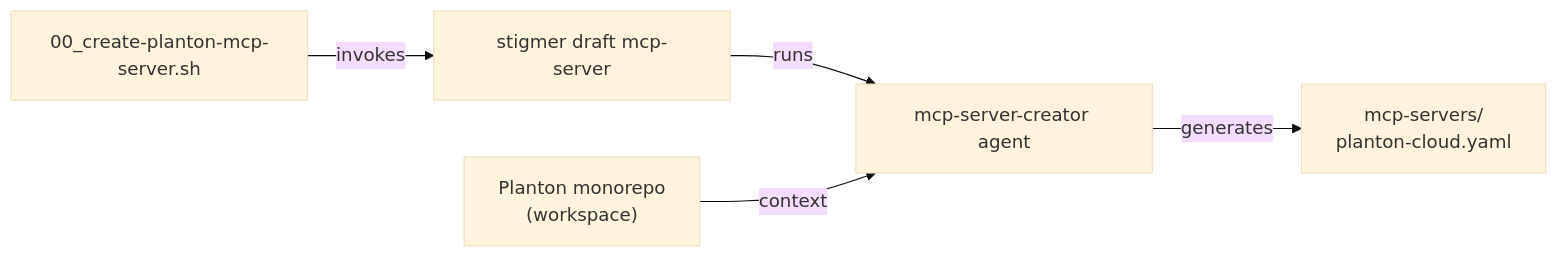
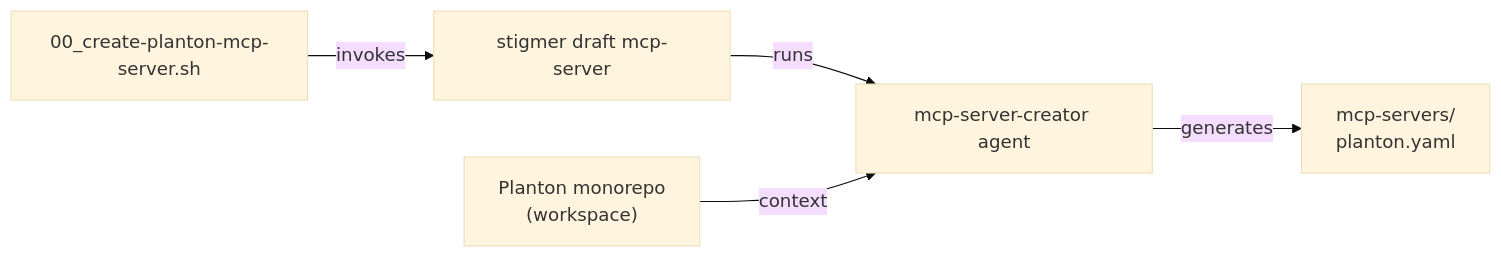
The diagram in _changelog/2026-03/2026-03-03-090210-phase-1-planton-mcpserver-tool-script.md (plantonhq/agent-fleet), drawn with Mermaid (base theme) before and after one commit. The commit also changed other lines of this file and 10 other files, not shown here.

````diff
--- a/_changelog/2026-03/2026-03-03-090210-phase-1-planton-mcpserver-tool-script.md
+++ b/_changelog/2026-03/2026-03-03-090210-phase-1-planton-mcpserver-tool-script.md
@@ -29,13 +29,13 @@
 ```mermaid
 flowchart LR
     Script["00_create-planton-mcp-server.sh"]
     CLI["stigmer draft mcp-server"]
     Agent["mcp-server-creator agent"]
     Planton["Planton monorepo\n(workspace)"]
-    Output["mcp-servers/\nplanton-cloud.yaml"]
+    Output["mcp-servers/\nplanton.yaml"]
 
     Script -->|invokes| CLI
     CLI -->|runs| Agent
     Planton -->|context| Agent
     Agent -->|generates| Output
 ```
````
